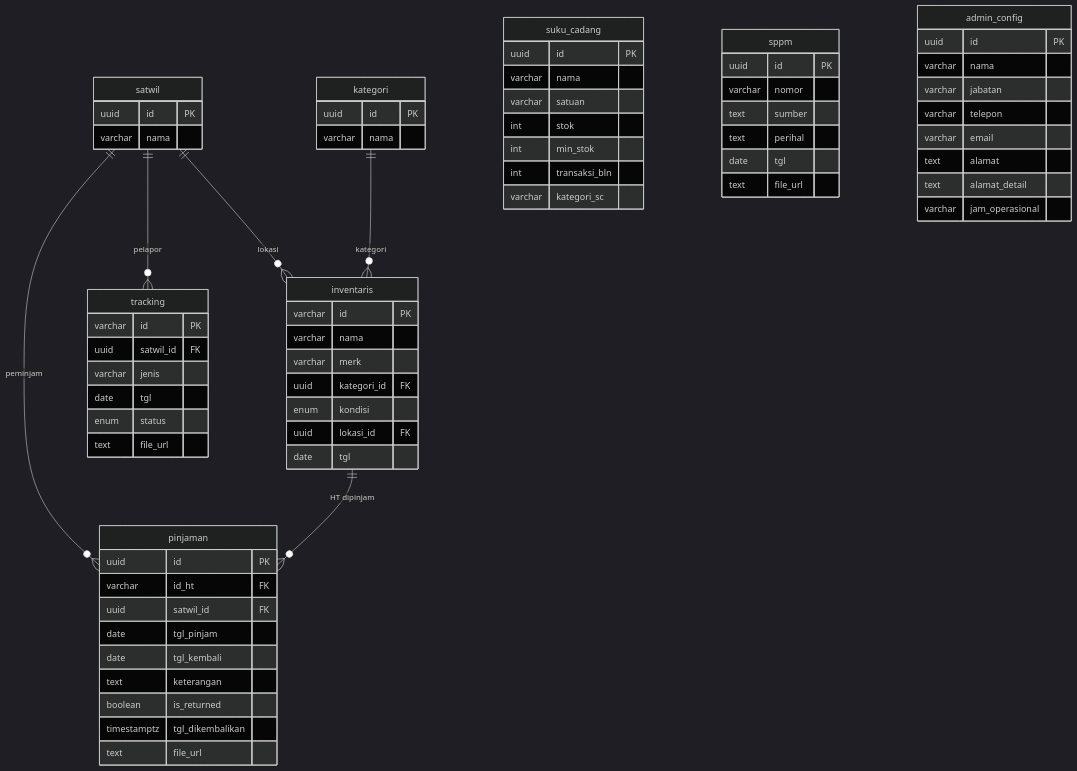
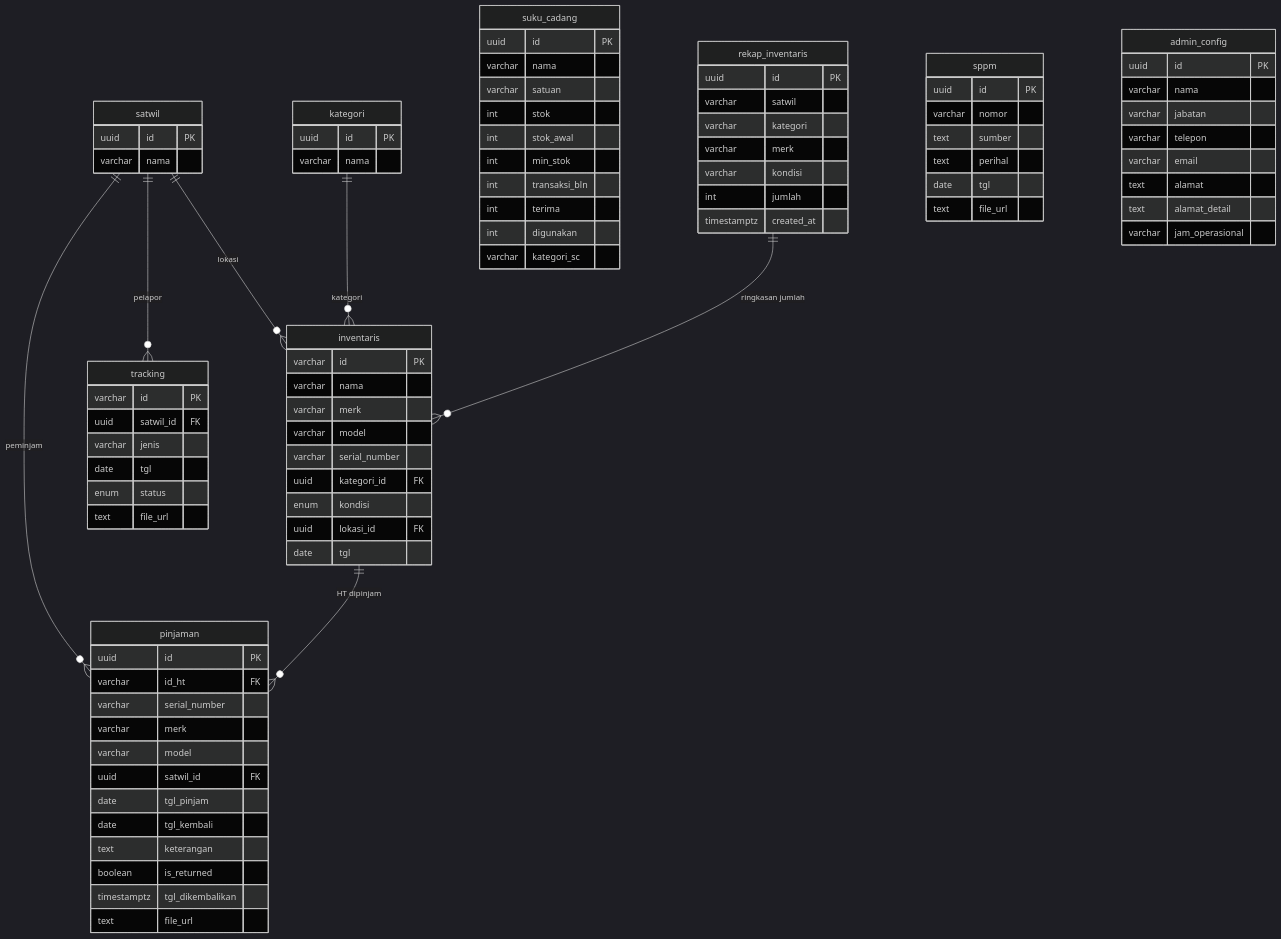
The third of 3 diagrams in README.md (fannass/siharkan-tik), drawn with Mermaid (dark theme) before and after one commit. The commit also changed other lines of this file and 26 other files, not shown here.

````diff
--- a/README.md
+++ b/README.md
@@ -294,6 +305,8 @@
         varchar id PK
         varchar nama
         varchar merk
+        varchar model
+        varchar serial_number
         uuid kategori_id FK
         enum kondisi
         uuid lokasi_id FK
@@ -302,6 +315,9 @@
     pinjaman {
         uuid id PK
         varchar id_ht FK
+        varchar serial_number
+        varchar merk
+        varchar model
         uuid satwil_id FK
         date tgl_pinjam
         date tgl_kembali
@@ -315,9 +331,21 @@
         varchar nama
         varchar satuan
         int stok
+        int stok_awal
         int min_stok
         int transaksi_bln
+        int terima
+        int digunakan
         varchar kategori_sc
+    }
+    rekap_inventaris {
+        uuid id PK
+        varchar satwil
+        varchar kategori
+        varchar merk
+        varchar kondisi
+        int jumlah
+        timestamptz created_at
     }
     tracking {
         varchar id PK
@@ -351,4 +379,5 @@
     satwil ||--o{ tracking : "pelapor"
     kategori ||--o{ inventaris : "kategori"
     inventaris ||--o{ pinjaman : "HT dipinjam"
+    rekap_inventaris ||--o{ inventaris : "ringkasan jumlah"
 ```
````
